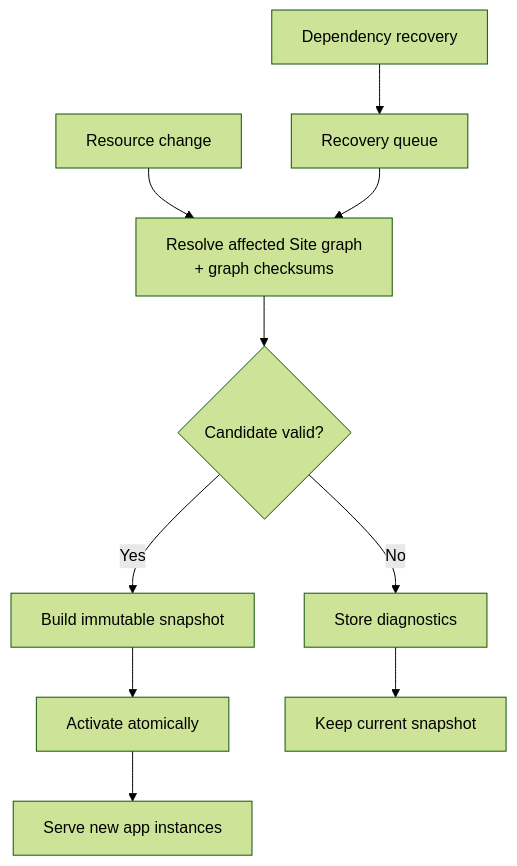
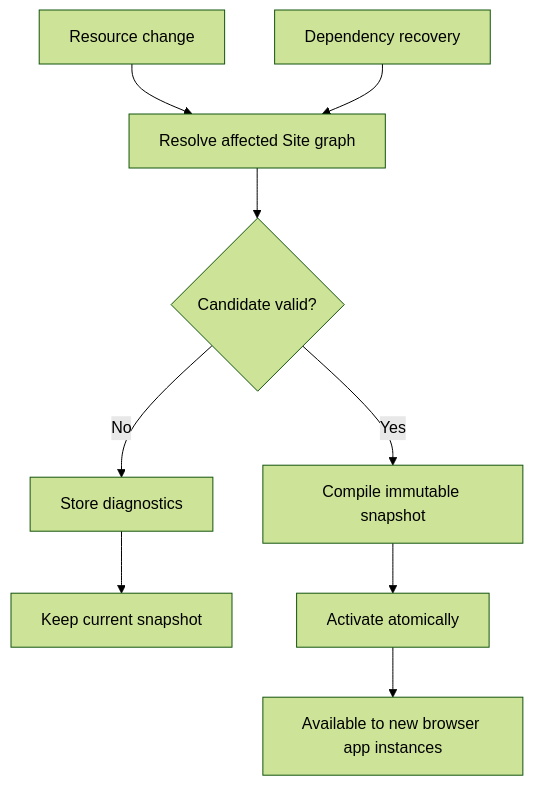
The first of 4 diagrams in content/versions/v0/manuals/runtime.mdx (taskmigo/docs), drawn with Mermaid (forest theme) before and after one commit. The commit also changed other lines of this file and 25 other files, not shown here.

````diff
--- a/content/versions/v0/manuals/runtime.mdx
+++ b/content/versions/v0/manuals/runtime.mdx
@@ -10,12 +12,11 @@
 ```mermaid
 flowchart TD
-  change["Resource change"] --> resolve["Resolve affected Site graph\n+ graph checksums"]
-  recovery["Dependency recovery"] --> queue["Recovery queue"]
-  queue --> resolve
+  change["Resource change"] --> resolve["Resolve affected Site graph"]
+  recovery["Dependency recovery"] --> resolve
   resolve --> validate{"Candidate valid?"}
-  validate -->|Yes| build["Build immutable snapshot"]
+  validate -->|"No"| diagnostics["Store diagnostics"]
+  diagnostics --> keep["Keep current snapshot"]
+  validate -->|"Yes"| build["Compile immutable snapshot"]
   build --> activate["Activate atomically"]
-  validate -->|No| diagnostics["Store diagnostics"]
-  diagnostics --> retain["Keep current snapshot"]
-  activate --> serve["Serve new app instances"]
+  activate --> bootstrap["Available to new browser app instances"]
 ```
````
